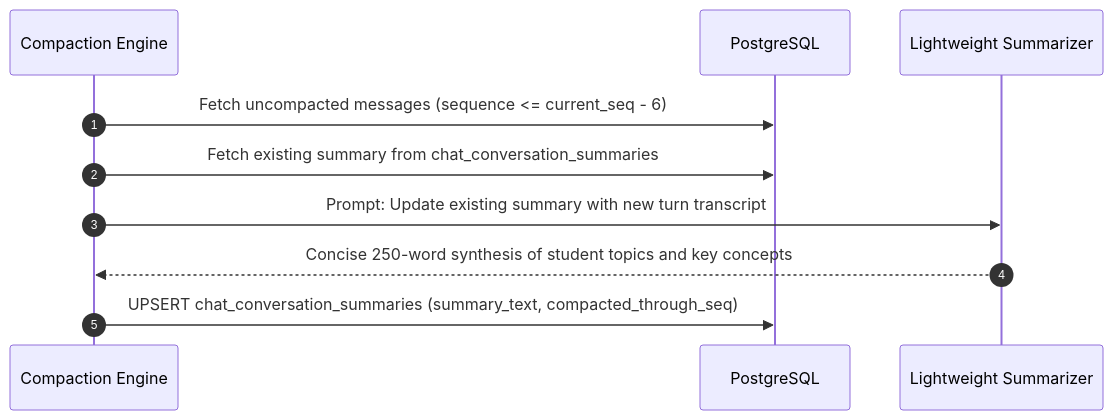
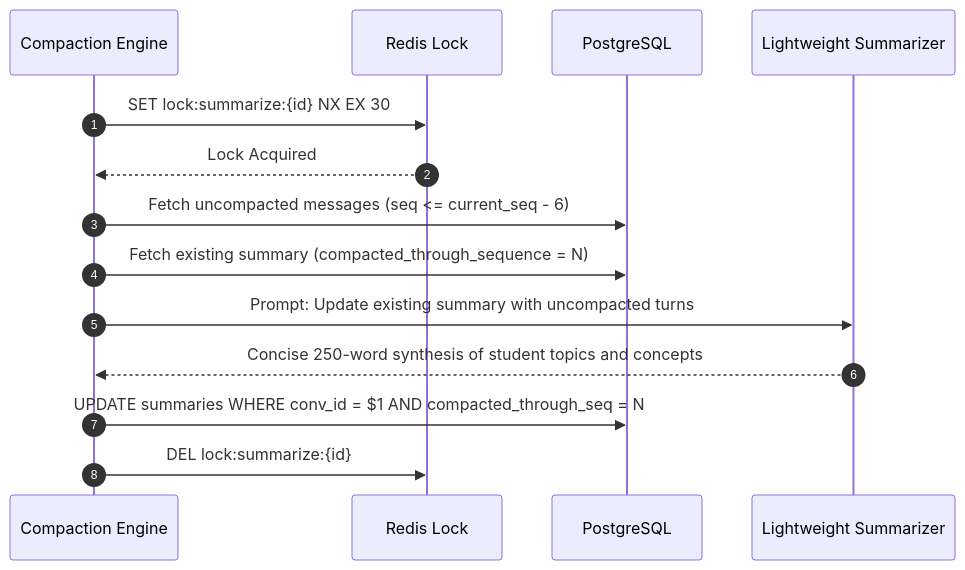
Before and after one commit to rimmon1234/RagBait: the second of 3 diagrams in docs/phase4/CHAT_CONTEXT_AND_GUARDRAILS.md, drawn with Mermaid. The commit also changed other lines of this file and 11 other files, not shown here.

Commit message:
docs(phase4): refine embedding, provenance and generation architecture

````diff
--- a/docs/phase4/CHAT_CONTEXT_AND_GUARDRAILS.md
+++ b/docs/phase4/CHAT_CONTEXT_AND_GUARDRAILS.md
@@ -128,13 +187,17 @@
 ```mermaid
 sequenceDiagram
     autonumber
     participant Engine as Compaction Engine
+    participant Redis as Redis Lock
     participant DB as PostgreSQL
     participant LLM as Lightweight Summarizer
 
-    Engine->>DB: Fetch uncompacted messages (sequence <= current_seq - 6)
-    Engine->>DB: Fetch existing summary from chat_conversation_summaries
-    Engine->>LLM: Prompt: Update existing summary with new turn transcript
-    LLM-->>Engine: Concise 250-word synthesis of student topics and key concepts
-    Engine->>DB: UPSERT chat_conversation_summaries (summary_text, compacted_through_seq)
+    Engine->>Redis: SET lock:summarize:{id} NX EX 30
+    Redis-->>Engine: Lock Acquired
+    Engine->>DB: Fetch uncompacted messages (seq <= current_seq - 6)
+    Engine->>DB: Fetch existing summary (compacted_through_sequence = N)
+    Engine->>LLM: Prompt: Update existing summary with uncompacted turns
+    LLM-->>Engine: Concise 250-word synthesis of student topics and concepts
+    Engine->>DB: UPDATE summaries WHERE conv_id = $1 AND compacted_through_seq = N
+    Engine->>Redis: DEL lock:summarize:{id}
 ```
````
